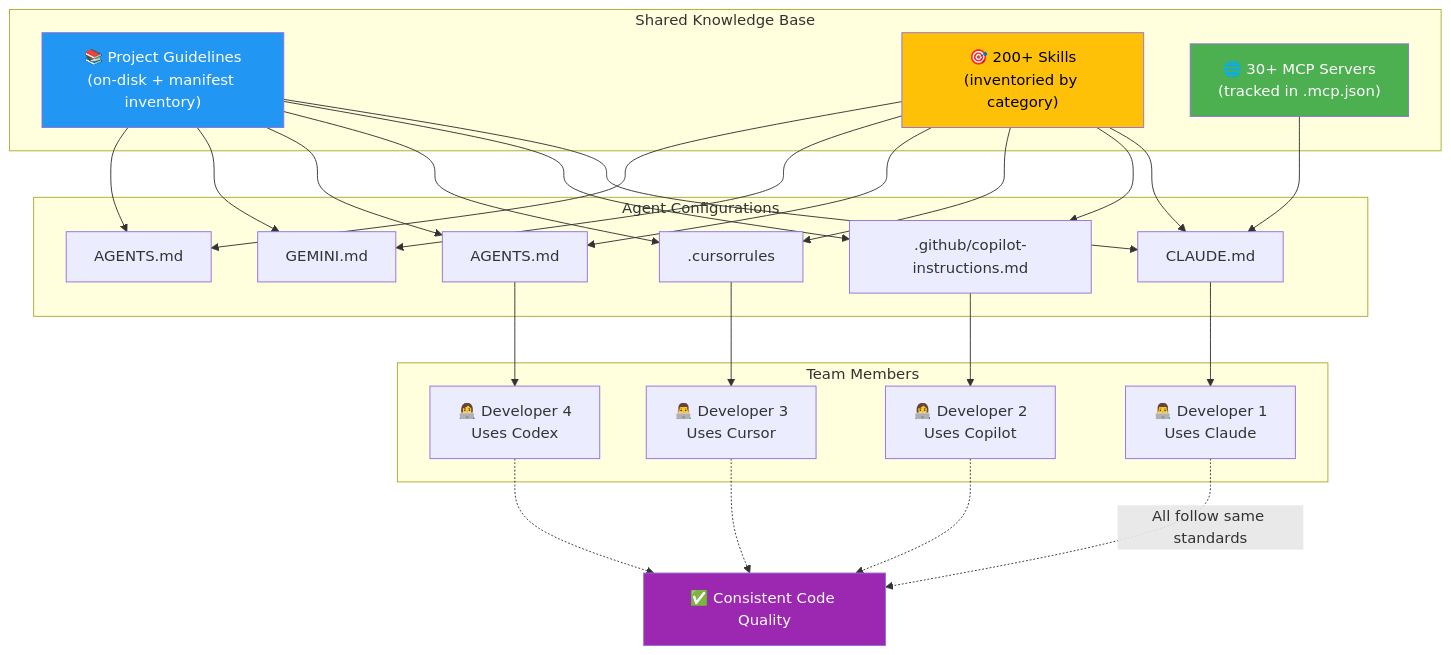
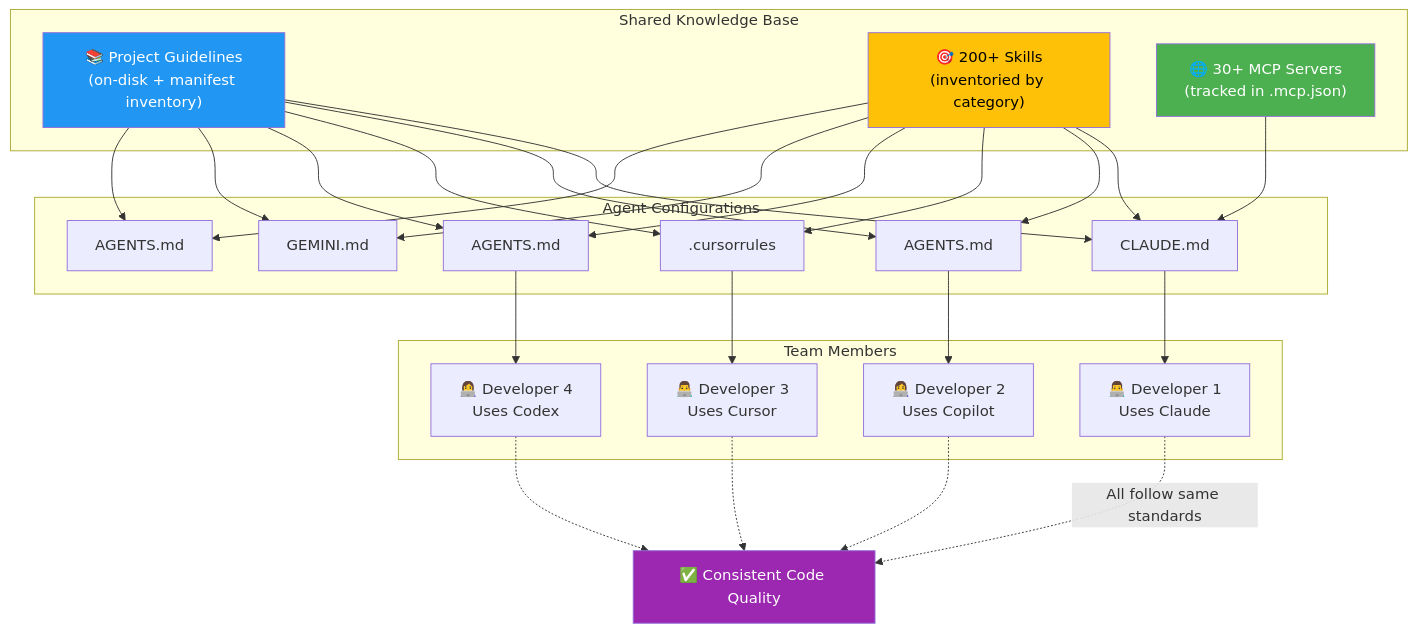
Before and after one commit to ortus-docs/coldbox-docs: the seventh of 8 diagrams in digging-deeper/ai/agentic-coldbox.md, drawn with Mermaid. The commit also changed other lines of this file and 1 other file, not shown here.

````diff
--- a/digging-deeper/ai/agentic-coldbox.md
+++ b/digging-deeper/ai/agentic-coldbox.md
@@ -966,43 +968,43 @@
 ```mermaid
 graph TB
     subgraph "Shared Knowledge Base"
         Guidelines["📚 Project Guidelines\n(on-disk + manifest inventory)"]
         Skills["🎯 200+ Skills\n(inventoried by category)"]
         MCP["🌐 30+ MCP Servers\n(tracked in .mcp.json)"]
     end
 
     subgraph "Agent Configurations"
         Guidelines --> ClaudeConfig["CLAUDE.md"]
-        Guidelines --> CopilotConfig[".github/copilot-instructions.md"]
+        Guidelines --> CopilotConfig["AGENTS.md"]
         Guidelines --> CursorConfig[".cursorrules"]
         Guidelines --> CodexConfig["AGENTS.md"]
         Guidelines --> GeminiConfig["GEMINI.md"]
         Guidelines --> OpenCodeConfig["AGENTS.md"]
 
         Skills --> ClaudeConfig
         Skills --> CopilotConfig
         Skills --> CursorConfig
         Skills --> CodexConfig
         Skills --> GeminiConfig
         Skills --> OpenCodeConfig
 
         MCP --> ClaudeConfig
     end
 
     subgraph "Team Members"
         ClaudeConfig --> Dev1["👨‍💻 Developer 1<br/>Uses Claude"]
         CopilotConfig --> Dev2["👩‍💻 Developer 2<br/>Uses Copilot"]
         CursorConfig --> Dev3["👨‍💻 Developer 3<br/>Uses Cursor"]
         CodexConfig --> Dev4["👩‍💻 Developer 4<br/>Uses Codex"]
     end
 
     Dev1 -."All follow same standards".-> Standards["✅ Consistent Code Quality"]
     Dev2 -.-> Standards
     Dev3 -.-> Standards
     Dev4 -.-> Standards
 
     style Guidelines fill:#2196f3,color:#fff
     style Skills fill:#ffc107,color:#000
     style MCP fill:#4caf50,color:#fff
     style Standards fill:#9c27b0,color:#fff
 ```
````
